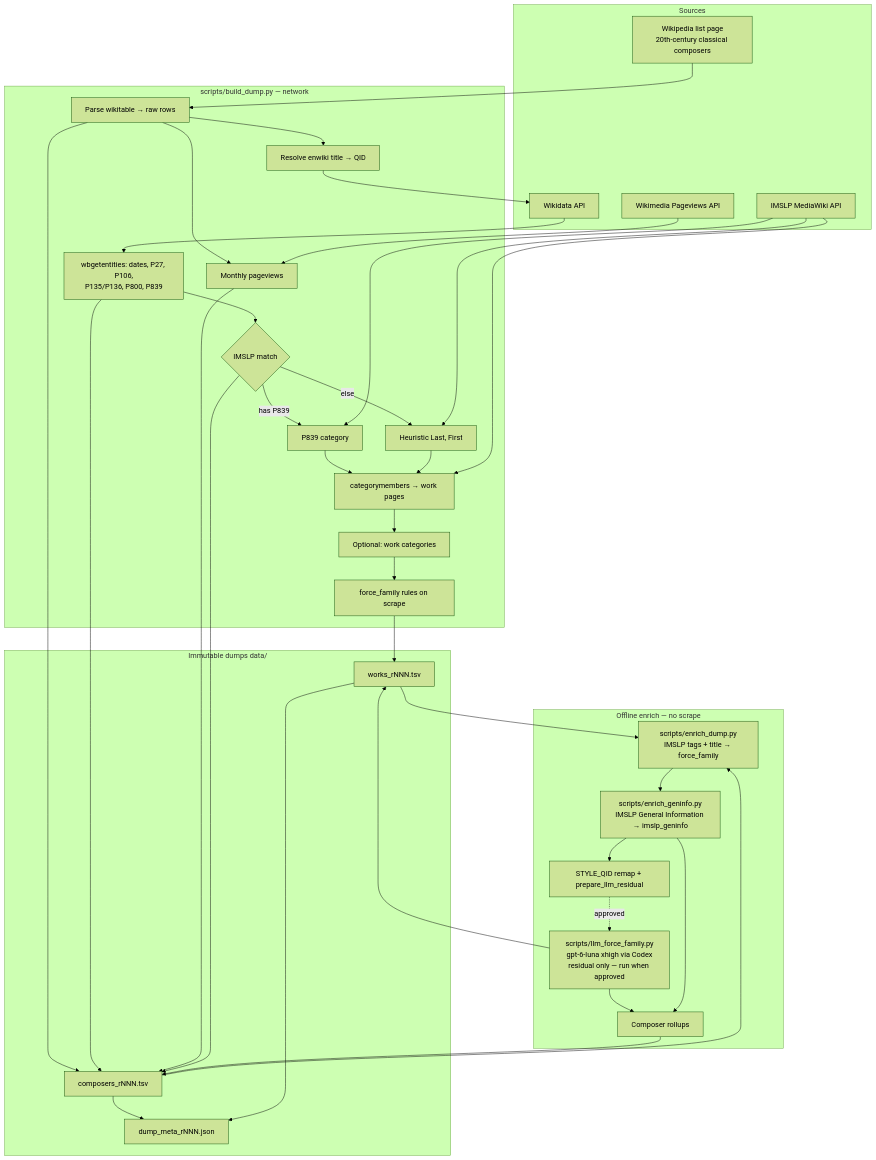
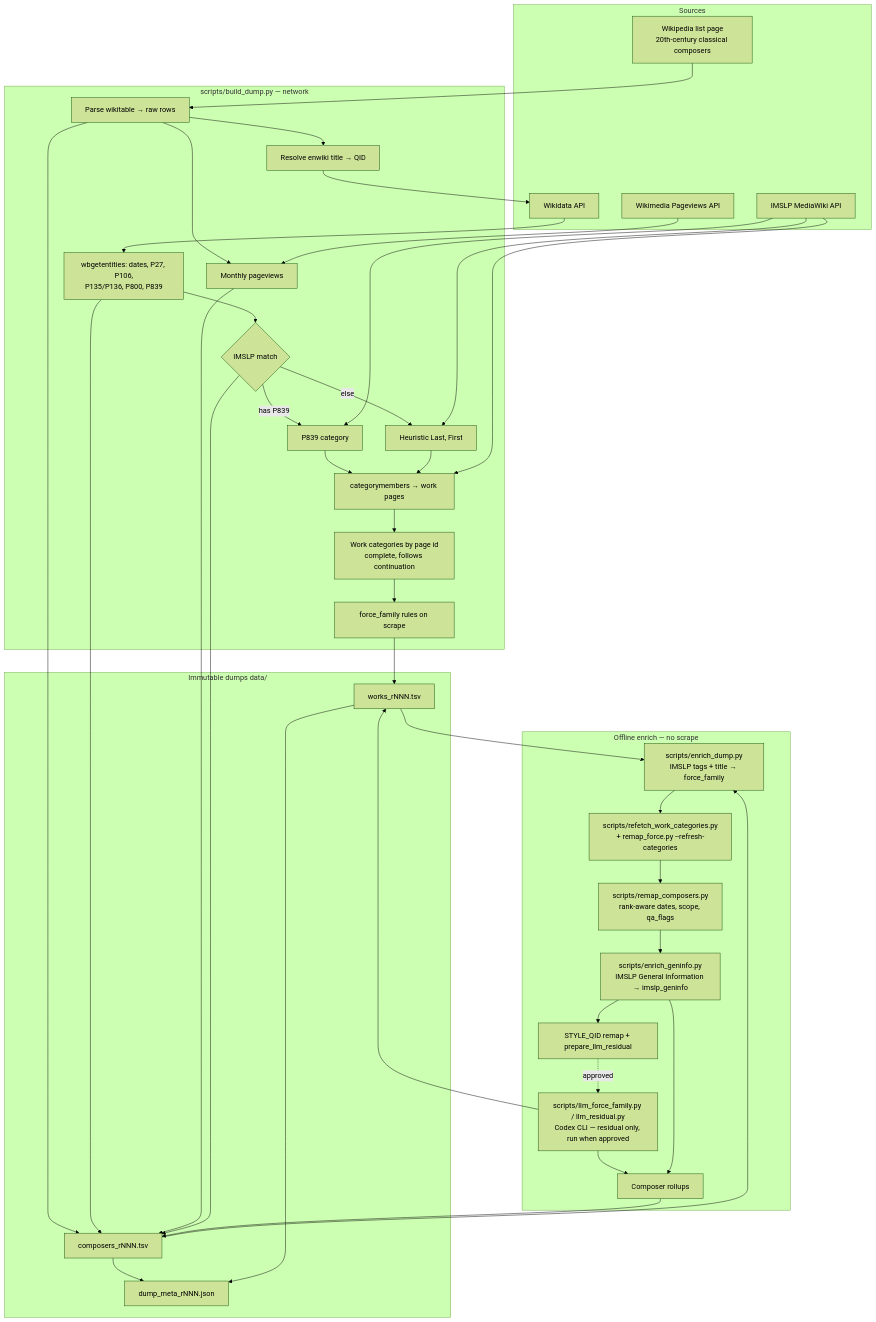
The first of 2 diagrams in docs/PIPELINE.md (egorpol/eu-pd-composers), drawn with Mermaid (forest theme) before and after one commit. The commit also changed other lines of this file and 13 other files, not shown here.

````diff
--- a/docs/PIPELINE.md
+++ b/docs/PIPELINE.md
@@ -7,61 +7,63 @@
 ```mermaid
 flowchart TB
   subgraph sources [Sources]
     WIKI[Wikipedia list page<br/>20th-century classical composers]
     WD[Wikidata API]
     PV[Wikimedia Pageviews API]
     IMSLP[IMSLP MediaWiki API]
   end
 
   subgraph scrape [scripts/build_dump.py — network]
     PARSE[Parse wikitable → raw rows]
     QID[Resolve enwiki title → QID]
     ENRICH[wbgetentities: dates, P27, P106,<br/>P135/P136, P800, P839]
     PAGEVIEWS[Monthly pageviews]
     MATCH{IMSLP match}
     P839[P839 category]
     HEUR[Heuristic Last, First]
     WORKS[categorymembers → work pages]
-    CATS[Optional: work categories]
+    CATS[Work categories by page id<br/>complete, follows continuation]
     FF1[force_family rules on scrape]
   end
 
   subgraph offline [Offline enrich — no scrape]
     ENR[scripts/enrich_dump.py<br/>IMSLP tags + title → force_family]
     GI[scripts/enrich_geninfo.py<br/>IMSLP General Information → imslp_geninfo]
     STY[STYLE_QID remap + prepare_llm_residual]
-    LLM[scripts/llm_force_family.py<br/>gpt-6-luna xhigh via Codex<br/>residual only — run when approved]
+    REFRESH["scripts/refetch_work_categories.py<br/>+ remap_force.py --refresh-categories"]
+    WDREMAP[scripts/remap_composers.py<br/>rank-aware dates, scope, qa_flags]
+    LLM[scripts/llm_force_family.py / llm_residual.py<br/>Codex CLI — residual only, run when approved]
     ROLL[Composer rollups]
   end
 
   subgraph out [Immutable dumps data/]
     C[composers_rNNN.tsv]
     WK[works_rNNN.tsv]
     META[dump_meta_rNNN.json]
   end
 
   WIKI --> PARSE --> QID
   QID --> WD --> ENRICH
   PARSE --> PAGEVIEWS
   PV --> PAGEVIEWS
   ENRICH --> MATCH
   MATCH -->|has P839| P839 --> WORKS
   MATCH -->|else| HEUR --> WORKS
   IMSLP --> P839
   IMSLP --> HEUR
   IMSLP --> WORKS --> CATS --> FF1
   PARSE --> C
   ENRICH --> C
   PAGEVIEWS --> C
   MATCH --> C
   FF1 --> WK
   C --> ENR
   WK --> ENR
-  ENR --> GI --> STY
+  ENR --> REFRESH --> WDREMAP --> GI --> STY
   STY -.->|approved| LLM
   LLM --> ROLL --> C
   LLM --> WK
   GI --> ROLL
   C --> META
   WK --> META
 ```
````
